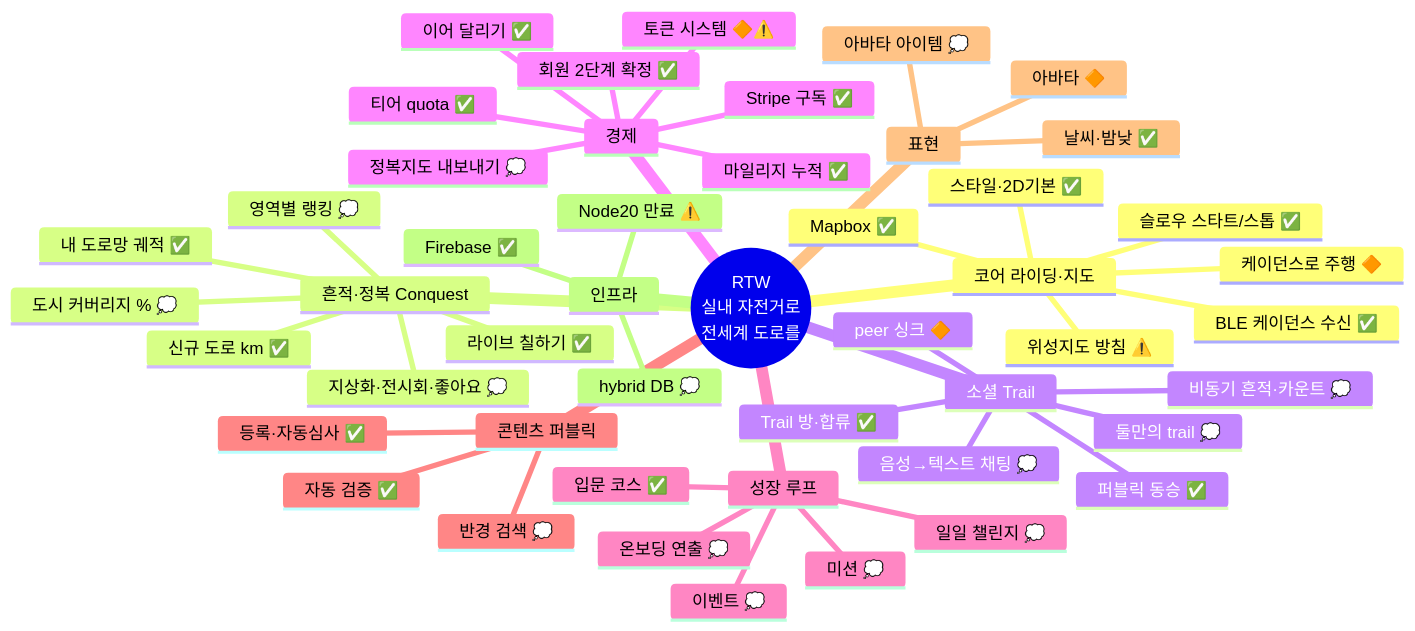
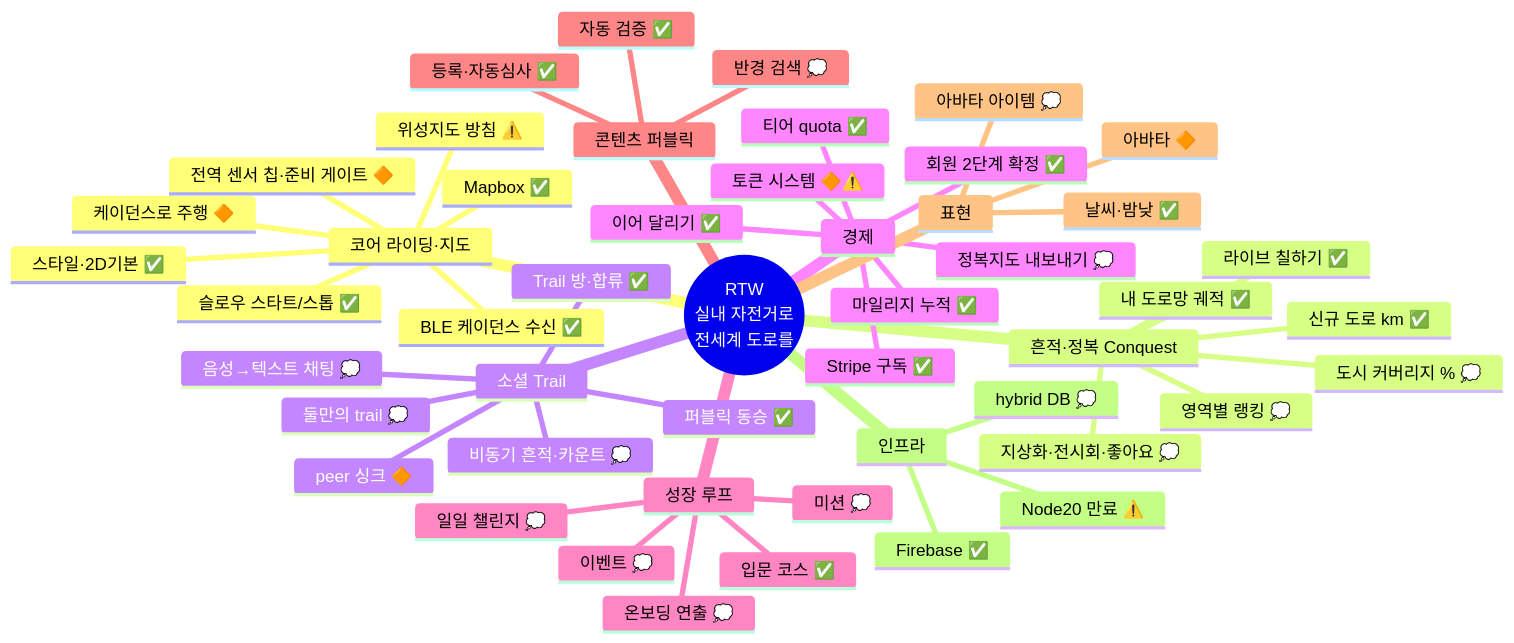
Before and after one commit to parkstery/boxcycle: the diagram in document/260707-RTW-기능-인벤토리-상태보드.md, drawn with Mermaid. The commit also changed other lines of this file and 28 other files, not shown here.

````diff
--- a/document/260707-RTW-기능-인벤토리-상태보드.md
+++ b/document/260707-RTW-기능-인벤토리-상태보드.md
@@ -19,51 +19,52 @@
 ```mermaid
 mindmap
   root((RTW<br/>실내 자전거로<br/>전세계 도로를))
     코어 라이딩·지도
       Mapbox ✅
       스타일·2D기본 ✅
       위성지도 방침 ⚠️
       슬로우 스타트/스톱 ✅
       BLE 케이던스 수신 ✅
       케이던스로 주행 🔶
+      전역 센서 칩·준비 게이트 🔶
     흔적·정복 Conquest
       내 도로망 궤적 ✅
       신규 도로 km ✅
       라이브 칠하기 ✅
       도시 커버리지 % 💭
       지상화·전시회·좋아요 💭
       영역별 랭킹 💭
     소셜 Trail
       Trail 방·합류 ✅
       퍼블릭 동승 ✅
       peer 싱크 🔶
       비동기 흔적·카운트 💭
       둘만의 trail 💭
       음성→텍스트 채팅 💭
     경제
       티어 quota ✅
       이어 달리기 ✅
       Stripe 구독 ✅
       마일리지 누적 ✅
       토큰 시스템 🔶⚠️
       회원 2단계 확정 ✅
       정복지도 내보내기 💭
     성장 루프
       입문 코스 ✅
       온보딩 연출 💭
       미션 💭
       이벤트 💭
       일일 챌린지 💭
     콘텐츠 퍼블릭
       등록·자동심사 ✅
       자동 검증 ✅
       반경 검색 💭
     표현
       날씨·밤낮 ✅
       아바타 🔶
       아바타 아이템 💭
     인프라
       Firebase ✅
       hybrid DB 💭
       Node20 만료 ⚠️
 ```
````
